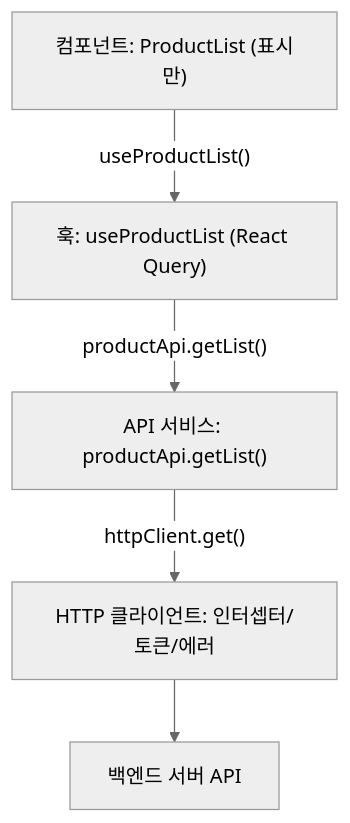
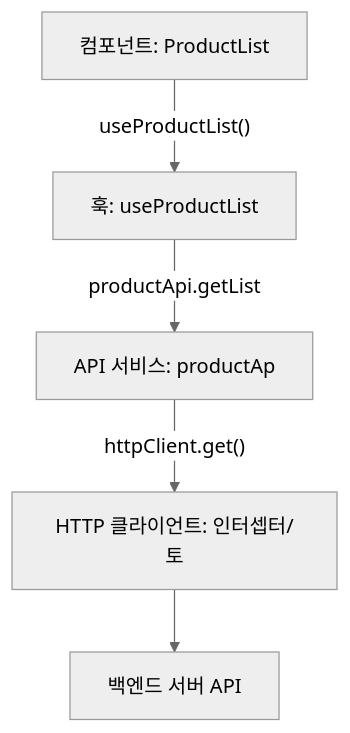
One commit to yjkim2015/yjkim2015.github.io changed the fourth of 8 diagrams in _posts/frontend/2026-05-01-frontend-architecture.md. Above: the diagram before and after it, drawn with Mermaid (neutral theme). The commit also changed other lines of this file and 271 other files, not shown here.

First line of the commit message:
Mermaid 라벨 축소: 긴 노드 텍스트 18자 이하로 트림 + \n 제거

````diff
--- a/_posts/frontend/2026-05-01-frontend-architecture.md
+++ b/_posts/frontend/2026-05-01-frontend-architecture.md
@@ -208,12 +208,12 @@
 ```mermaid
 flowchart TD
-    C["컴포넌트: ProductList (표시만)"]
-    H["훅: useProductList (React Query)"]
-    S["API 서비스: productApi.getList()"]
-    CL["HTTP 클라이언트: 인터셉터/토큰/에러"]
+    C["컴포넌트: ProductList"]
+    H["훅: useProductList"]
+    S["API 서비스: productAp"]
+    CL["HTTP 클라이언트: 인터셉터/토"]
     NET["백엔드 서버 API"]
     C -->|"useProductList()"| H
-    H -->|"productApi.getList()"| S
+    H -->|"productApi.getList"| S
     S -->|"httpClient.get()"| CL
     CL --> NET
 ```
````
